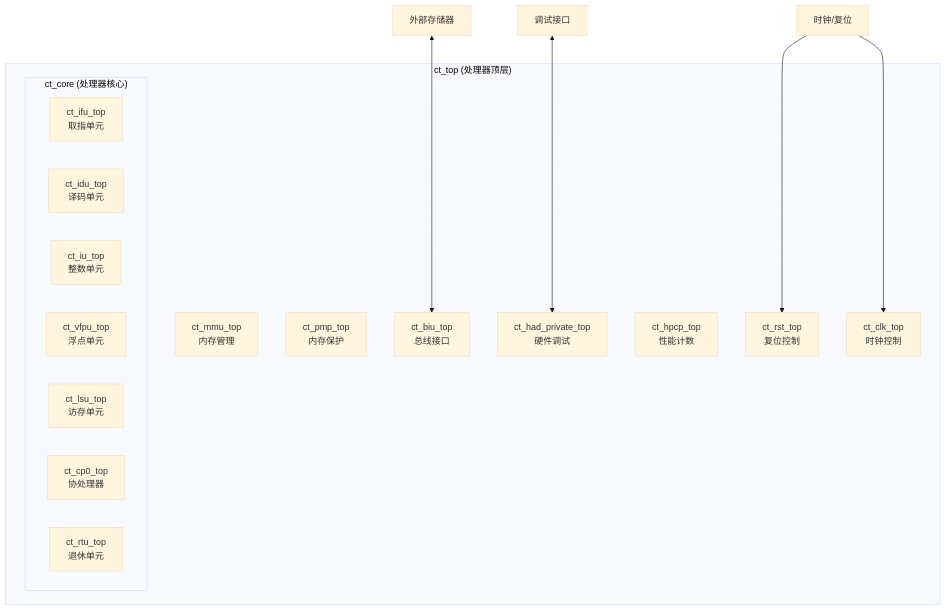
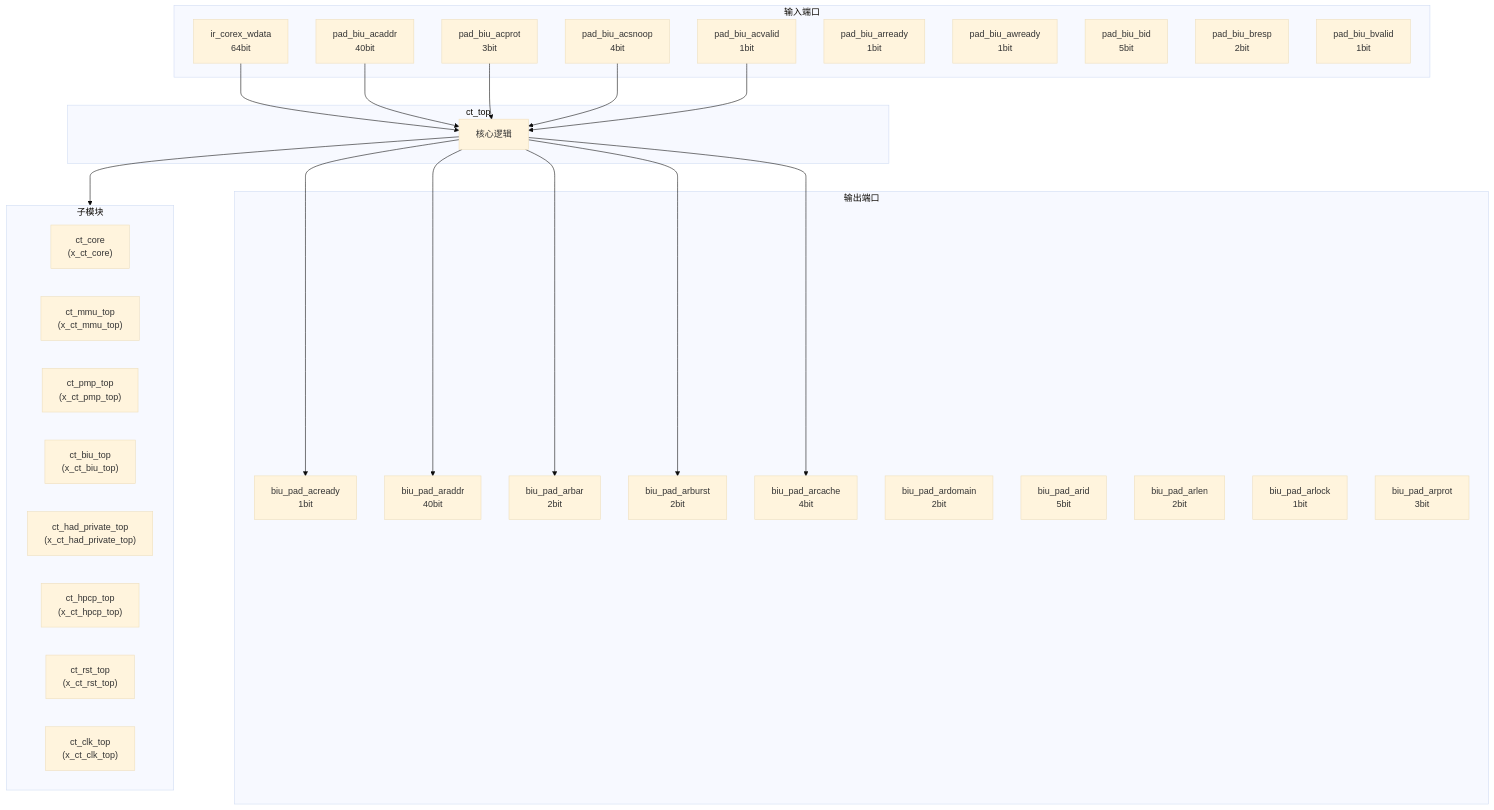
Before and after one commit to mouxingwei/openc910: the first of 2 diagrams in .trae/documents/ct_top_top.md, drawn with Mermaid (base theme). The commit also changed other lines of this file and 104 other files, not shown here.

````diff
--- a/.trae/documents/ct_top_top.md
+++ b/.trae/documents/ct_top_top.md
@@ -108,26 +99,51 @@
 ```mermaid
 graph TB
-    subgraph ct_top["ct_top (处理器顶层)"]
-        subgraph x_ct_core["ct_core (处理器核心)"]
-            x_ct_ifu_top["ct_ifu_top<br/>取指单元"]
-            x_ct_idu_top["ct_idu_top<br/>译码单元"]
-            x_ct_iu_top["ct_iu_top<br/>整数单元"]
-            x_ct_vfpu_top["ct_vfpu_top<br/>浮点单元"]
-            x_ct_lsu_top["ct_lsu_top<br/>访存单元"]
-            x_ct_cp0_top["ct_cp0_top<br/>协处理器"]
-            x_ct_rtu_top["ct_rtu_top<br/>退休单元"]
-        end
-        x_ct_mmu_top["ct_mmu_top<br/>内存管理"]
-        x_ct_pmp_top["ct_pmp_top<br/>内存保护"]
-        x_ct_biu_top["ct_biu_top<br/>总线接口"]
-        x_ct_had_private_top["ct_had_private_top<br/>硬件调试"]
-        x_ct_hpcp_top["ct_hpcp_top<br/>性能计数"]
-        x_ct_rst_top["ct_rst_top<br/>复位控制"]
-        x_ct_clk_top["ct_clk_top<br/>时钟控制"]
+    subgraph inputs["输入端口"]
+        IN0["ir_corex_wdata<br/>64bit"]
+        IN1["pad_biu_acaddr<br/>40bit"]
+        IN2["pad_biu_acprot<br/>3bit"]
+        IN3["pad_biu_acsnoop<br/>4bit"]
+        IN4["pad_biu_acvalid<br/>1bit"]
+        IN5["pad_biu_arready<br/>1bit"]
+        IN6["pad_biu_awready<br/>1bit"]
+        IN7["pad_biu_bid<br/>5bit"]
+        IN8["pad_biu_bresp<br/>2bit"]
+        IN9["pad_biu_bvalid<br/>1bit"]
     end
-    
-    EXT_MEM["外部存储器"] <--> x_ct_biu_top
-    EXT_DEBUG["调试接口"] <--> x_ct_had_private_top
-    EXT_CLK["时钟/复位"] --> x_ct_clk_top
-    EXT_CLK --> x_ct_rst_top
+    subgraph module["ct_top"]
+        CORE["核心逻辑"]
+    end
+    subgraph outputs["输出端口"]
+        OUT0["biu_pad_acready<br/>1bit"]
+        OUT1["biu_pad_araddr<br/>40bit"]
+        OUT2["biu_pad_arbar<br/>2bit"]
+        OUT3["biu_pad_arburst<br/>2bit"]
+        OUT4["biu_pad_arcache<br/>4bit"]
+        OUT5["biu_pad_ardomain<br/>2bit"]
+        OUT6["biu_pad_arid<br/>5bit"]
+        OUT7["biu_pad_arlen<br/>2bit"]
+        OUT8["biu_pad_arlock<br/>1bit"]
+        OUT9["biu_pad_arprot<br/>3bit"]
+    end
+    IN0 --> CORE
+    IN1 --> CORE
+    IN2 --> CORE
+    IN3 --> CORE
+    IN4 --> CORE
+    CORE --> OUT0
+    CORE --> OUT1
+    CORE --> OUT2
+    CORE --> OUT3
+    CORE --> OUT4
+    subgraph submodules["子模块"]
+        SUB0["ct_core<br/>(x_ct_core)"]
+        SUB1["ct_mmu_top<br/>(x_ct_mmu_top)"]
+        SUB2["ct_pmp_top<br/>(x_ct_pmp_top)"]
+        SUB3["ct_biu_top<br/>(x_ct_biu_top)"]
+        SUB4["ct_had_private_top<br/>(x_ct_had_private_top)"]
+        SUB5["ct_hpcp_top<br/>(x_ct_hpcp_top)"]
+        SUB6["ct_rst_top<br/>(x_ct_rst_top)"]
+        SUB7["ct_clk_top<br/>(x_ct_clk_top)"]
+    end
+    CORE --> submodules
 ```
````
